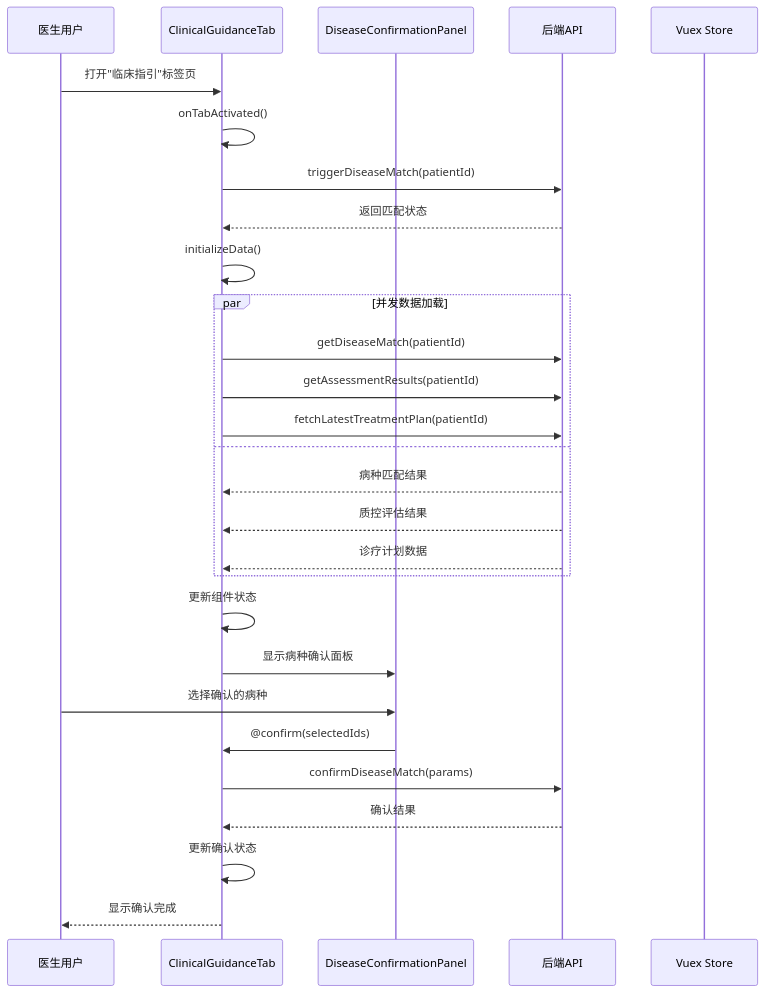
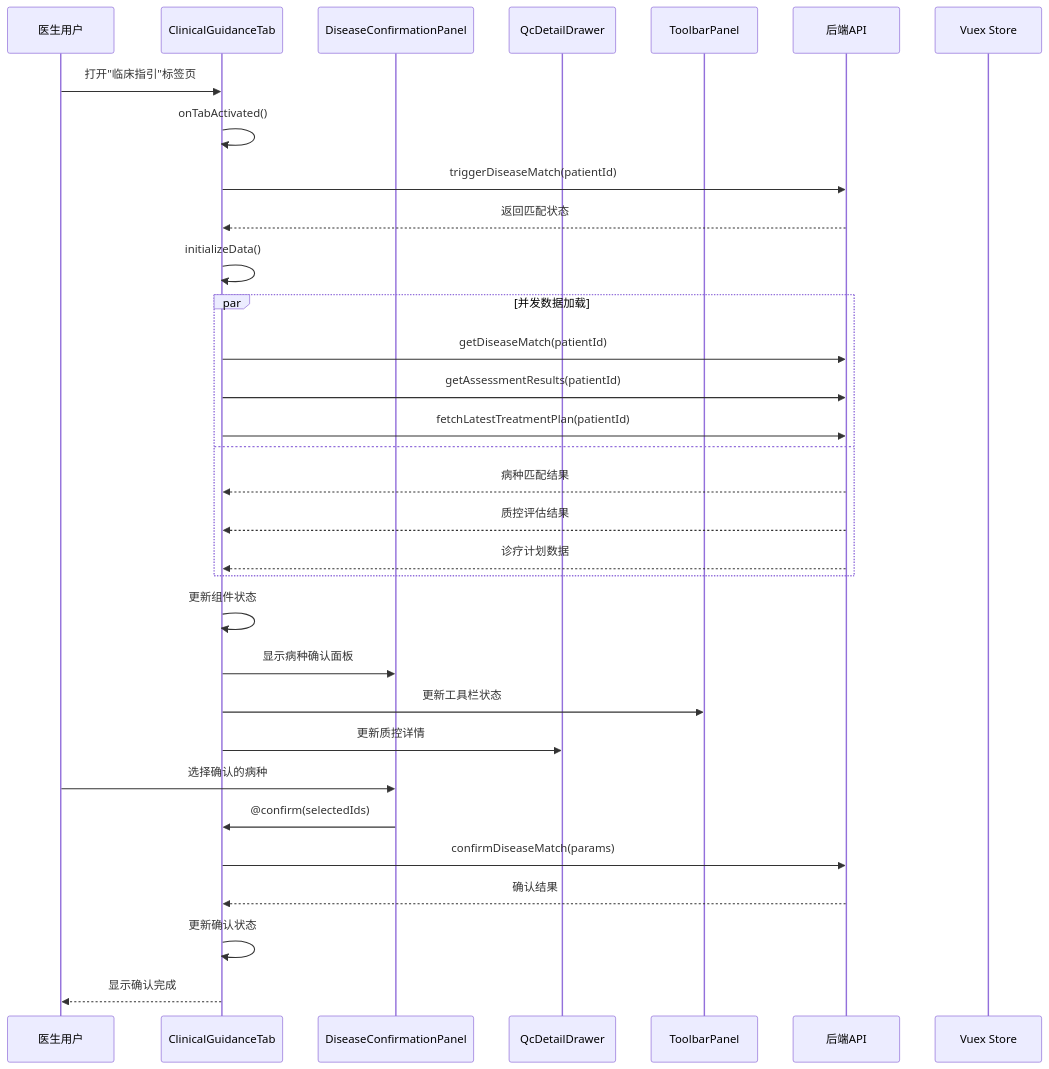
The third of 14 diagrams in .qoder/repowiki/zh/content/临床指引Tab.md (liuzh2008/med_ai_assistant_workspace), drawn with Mermaid before and after one commit. The commit also changed other lines of this file and 5 other files, not shown here.

````diff
--- a/.qoder/repowiki/zh/content/临床指引Tab.md
+++ b/.qoder/repowiki/zh/content/临床指引Tab.md
@@ -197,30 +248,34 @@
 ```mermaid
 sequenceDiagram
 participant User as 医生用户
 participant Tab as ClinicalGuidanceTab
 participant Panel as DiseaseConfirmationPanel
+participant Drawer as QcDetailDrawer
+participant Toolbar as ToolbarPanel
 participant API as 后端API
 participant Store as Vuex Store
 User->>Tab : 打开"临床指引"标签页
 Tab->>Tab : onTabActivated()
 Tab->>API : triggerDiseaseMatch(patientId)
 API-->>Tab : 返回匹配状态
 Tab->>Tab : initializeData()
 par 并发数据加载
 Tab->>API : getDiseaseMatch(patientId)
 Tab->>API : getAssessmentResults(patientId)
 Tab->>API : fetchLatestTreatmentPlan(patientId)
 and
 API-->>Tab : 病种匹配结果
 API-->>Tab : 质控评估结果
 API-->>Tab : 诊疗计划数据
 end
 Tab->>Tab : 更新组件状态
 Tab->>Panel : 显示病种确认面板
+Tab->>Toolbar : 更新工具栏状态
+Tab->>Drawer : 更新质控详情
 User->>Panel : 选择确认的病种
 Panel->>Tab : @confirm(selectedIds)
 Tab->>API : confirmDiseaseMatch(params)
 API-->>Tab : 确认结果
 Tab->>Tab : 更新确认状态
 Tab-->>User : 显示确认完成
 ```
````
